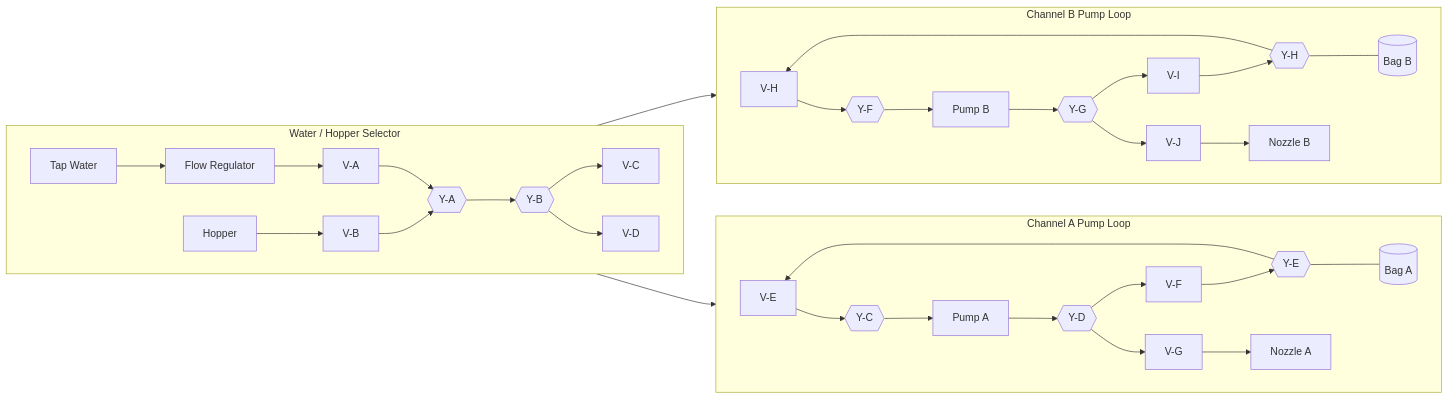
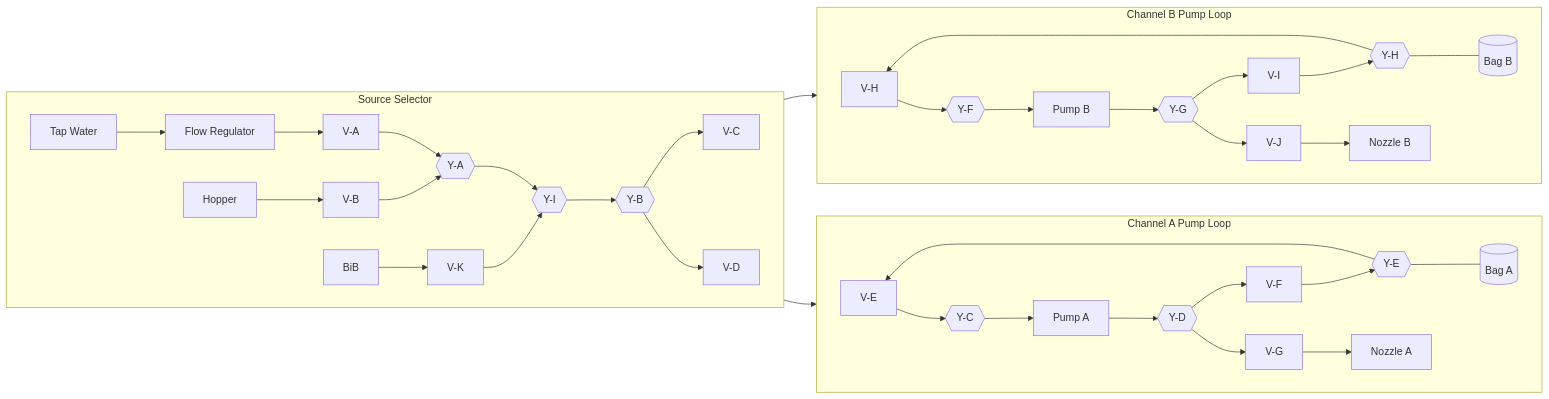
Before and after one commit to derekbreden/soda-flavor-injector: the diagram in hardware/topology/fluid-topology.mmd, drawn with Mermaid. The commit also changed 1 other file, not shown here.

```diff
--- a/hardware/topology/fluid-topology.mmd
+++ b/hardware/topology/fluid-topology.mmd
@@ -1,49 +1,52 @@
 flowchart LR
 
   %% =========================
   %% Shared source / selection module
   %% =========================
-  subgraph Selector["Water / Hopper Selector"]
+  subgraph Selector["Source Selector"]
     direction LR
 
     Tap["Tap Water"] --> Reg["Flow Regulator"] --> VA["V-A"]
     Hopper["Hopper"] --> VB["V-B"]
+    BiB["BiB"] --> VK["V-K"]
 
     VA --> YA{{"Y-A"}}
     VB --> YA
-    YA --> YB{{"Y-B"}}
+    YA --> YI{{"Y-I"}}
+    VK --> YI
+    YI --> YB{{"Y-B"}}
     YB --> VC["V-C"]
     YB --> VD["V-D"]
   end
 
   %% =========================
   %% Channel A module
   %% =========================
   subgraph PumpLoopA["Channel A Pump Loop"]
     direction LR
 
     VE["V-E"] --> YC{{"Y-C"}} --> PA["Pump A"] --> YD{{"Y-D"}}
     YD --> VF["V-F"] --> YE{{"Y-E"}}
     YE --- BagA[("Bag A")]
     YE --> VE
     YD --> VG["V-G"] --> NozzleA["Nozzle A"]
   end
 
   %% =========================
   %% Channel B module
   %% =========================
   subgraph PumpLoopB["Channel B Pump Loop"]
     direction LR
 
     VH["V-H"] --> YF{{"Y-F"}} --> PB["Pump B"] --> YG{{"Y-G"}}
     YG --> VI["V-I"] --> YH{{"Y-H"}}
     YH --- BagB[("Bag B")]
     YH --> VH
     YG --> VJ["V-J"] --> NozzleB["Nozzle B"]
   end
 
   %% =========================
   %% Cross-module connections
   %% =========================
   VC --> YC
   VD --> YF
```
